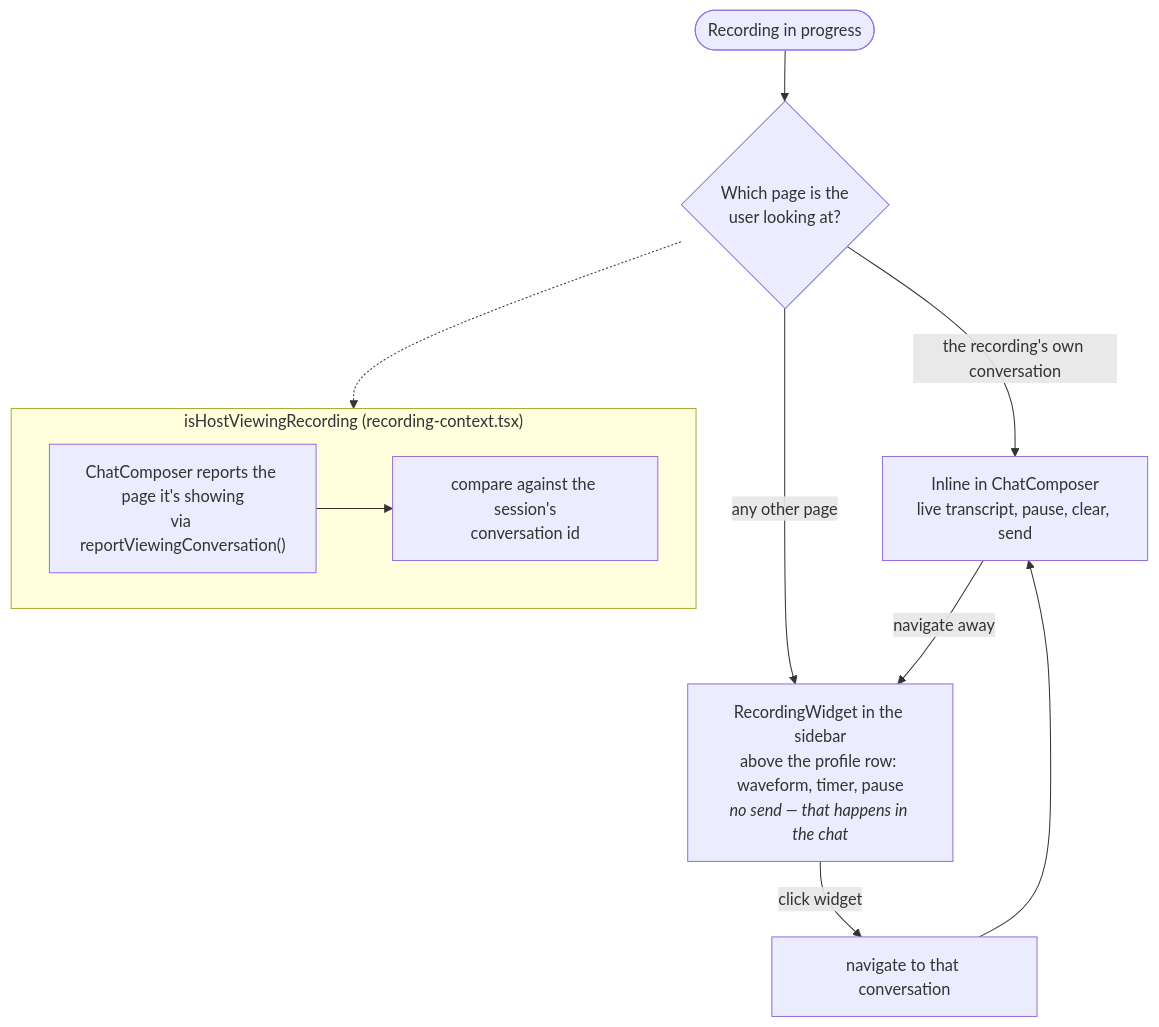
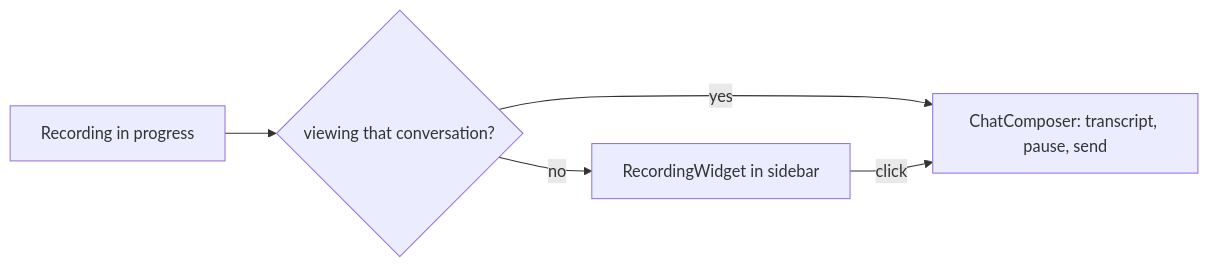
Before and after one commit to karlwehbe/AI-Note-taker: the sixth of 12 diagrams in FLOW.md, drawn with Mermaid. The commit also changed other lines of this file and 6 other files, not shown here.

Commit message:
Send live recordings as transcript only; keep audio blob for file uploads

````diff
--- a/FLOW.md
+++ b/FLOW.md
@@ -235,15 +208,7 @@
 ```mermaid
-flowchart TD
-  START(["Recording in progress"]) --> Q{"Which page is the<br/>user looking at?"}
-  Q -->|"the recording's own conversation"| INLINE["Inline in ChatComposer<br/>live transcript, pause, clear, send"]
-  Q -->|"any other page"| WIDGET["RecordingWidget in the sidebar<br/>above the profile row: waveform, timer, pause<br/><i>no send — that happens in the chat</i>"]
-  WIDGET -->|click widget| NAV["navigate to that conversation"] --> INLINE
-  INLINE -->|navigate away| WIDGET
-
-  subgraph decides["isHostViewingRecording (recording-context.tsx)"]
-    D1["ChatComposer reports the page it's showing<br/>via reportViewingConversation()"]
-    D2["compare against the session's<br/>conversation id"]
-    D1 --> D2
-  end
-  Q -.-> decides
+flowchart LR
+  R["Recording in progress"] --> Q{"viewing that conversation?"}
+  Q -->|yes| INLINE["ChatComposer: transcript, pause, send"]
+  Q -->|no| WIDGET["RecordingWidget in sidebar"]
+  WIDGET -->|click| INLINE
 ```
````
